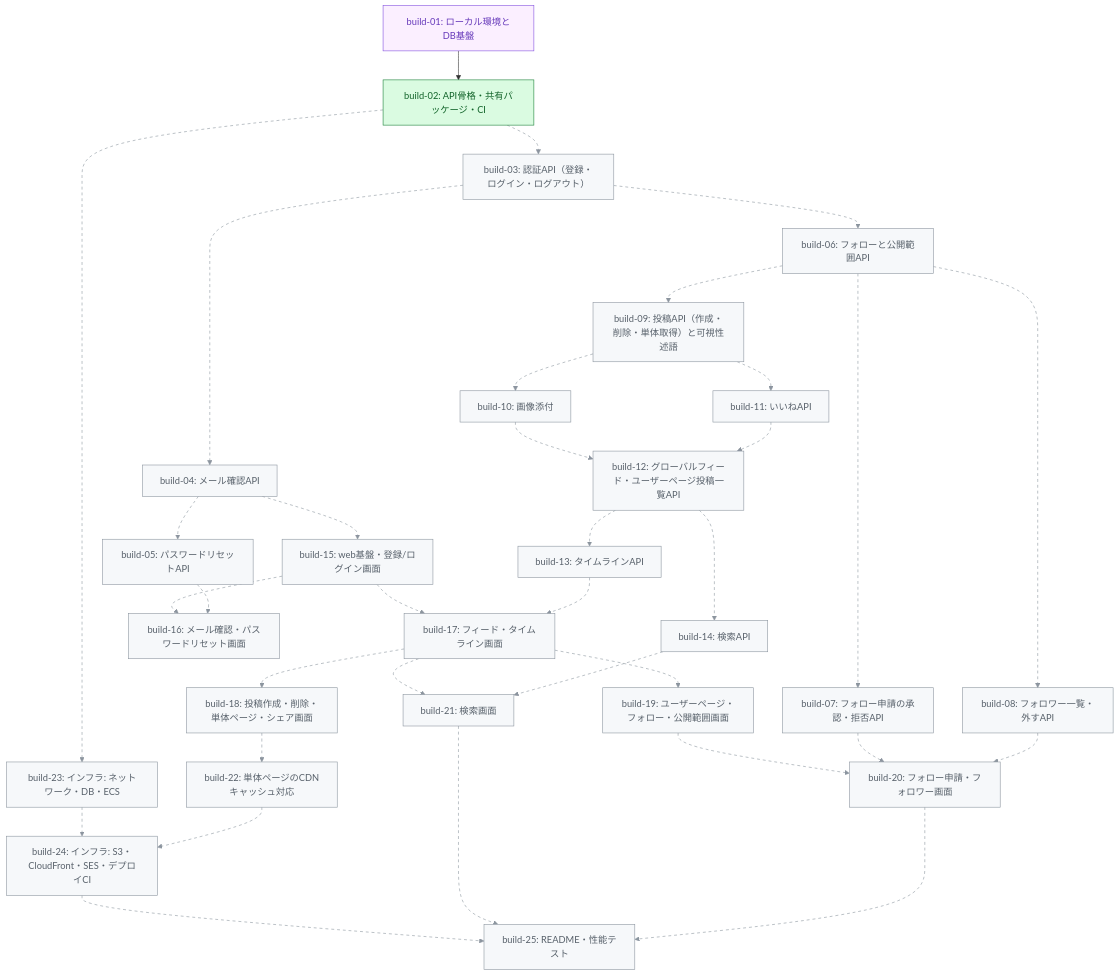
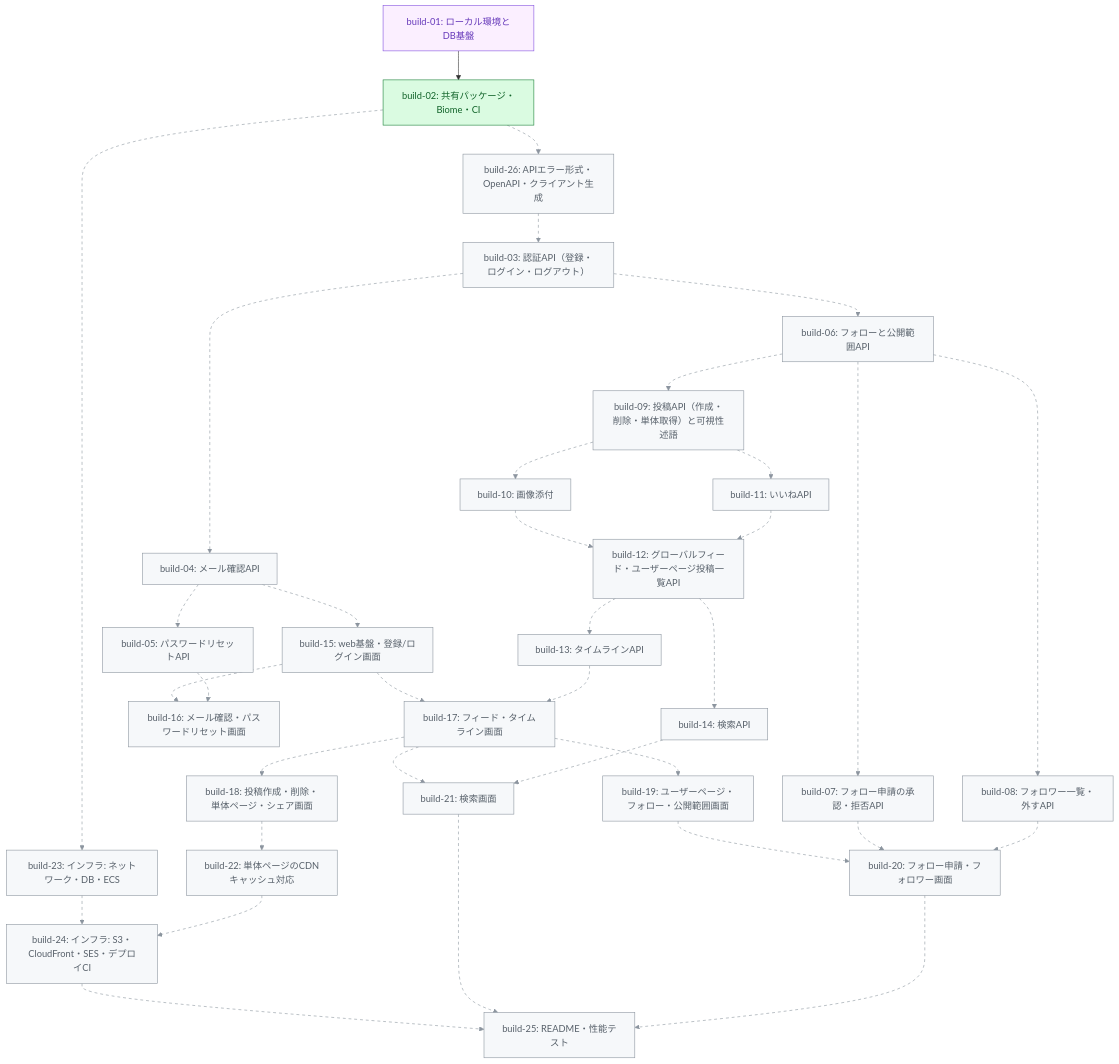
One commit to tak-solder/litmus-sns-sonnet55-hikyaku changed the diagram in docs/hikyaku/cycles/001-mvp/tasklist.md. Above: the diagram before and after it, drawn with Mermaid. The commit also changed other lines of this file and 4 other files, not shown here.

````diff
--- a/docs/hikyaku/cycles/001-mvp/tasklist.md
+++ b/docs/hikyaku/cycles/001-mvp/tasklist.md
@@ -40,68 +41,70 @@
 ```mermaid
 graph TD
   b01["build-01: ローカル環境とDB基盤"]
-  b02["build-02: API骨格・共有パッケージ・CI"]
+  b02["build-02: 共有パッケージ・Biome・CI"]
   b03["build-03: 認証API（登録・ログイン・ログアウト）"]
   b04["build-04: メール確認API"]
   b05["build-05: パスワードリセットAPI"]
   b06["build-06: フォローと公開範囲API"]
   b07["build-07: フォロー申請の承認・拒否API"]
   b08["build-08: フォロワー一覧・外すAPI"]
   b09["build-09: 投稿API（作成・削除・単体取得）と可視性述語"]
   b10["build-10: 画像添付"]
   b11["build-11: いいねAPI"]
   b12["build-12: グローバルフィード・ユーザーページ投稿一覧API"]
   b13["build-13: タイムラインAPI"]
   b14["build-14: 検索API"]
   b15["build-15: web基盤・登録/ログイン画面"]
   b16["build-16: メール確認・パスワードリセット画面"]
   b17["build-17: フィード・タイムライン画面"]
   b18["build-18: 投稿作成・削除・単体ページ・シェア画面"]
   b19["build-19: ユーザーページ・フォロー・公開範囲画面"]
   b20["build-20: フォロー申請・フォロワー画面"]
   b21["build-21: 検索画面"]
   b22["build-22: 単体ページのCDNキャッシュ対応"]
   b23["build-23: インフラ: ネットワーク・DB・ECS"]
   b24["build-24: インフラ: S3・CloudFront・SES・デプロイCI"]
   b25["build-25: README・性能テスト"]
+  b26["build-26: APIエラー形式・OpenAPI・クライアント生成"]
   b01 --> b02
-  b02 -.-> b03
+  b26 -.-> b03
   b03 -.-> b04
   b04 -.-> b05
   b03 -.-> b06
   b06 -.-> b07
   b06 -.-> b08
   b06 -.-> b09
   b09 -.-> b10
   b09 -.-> b11
   b10 -.-> b12
   b11 -.-> b12
   b12 -.-> b13
   b12 -.-> b14
   b04 -.-> b15
   b15 -.-> b16
   b05 -.-> b16
   b15 -.-> b17
   b13 -.-> b17
   b17 -.-> b18
   b17 -.-> b19
   b19 -.-> b20
   b07 -.-> b20
   b08 -.-> b20
   b17 -.-> b21
   b14 -.-> b21
   b18 -.-> b22
   b02 -.-> b23
   b23 -.-> b24
   b22 -.-> b24
   b24 -.-> b25
   b21 -.-> b25
   b20 -.-> b25
+  b02 -.-> b26
   classDef merged fill:#fbefff,stroke:#8250df,color:#6639ba
   classDef ready fill:#dafbe1,stroke:#1a7f37,color:#116329
   classDef blocked fill:#f6f8fa,stroke:#8c959f,color:#57606a
   class b01 merged
   class b02 ready
-  class b03,b04,b05,b06,b07,b08,b09,b10,b11,b12,b13,b14,b15,b16,b17,b18,b19,b20,b21,b22,b23,b24,b25 blocked
-  linkStyle 1,2,3,4,5,6,7,8,9,10,11,12,13,14,15,16,17,18,19,20,21,22,23,24,25,26,27,28,29,30,31,32 stroke:#8c959f,stroke-dasharray:5 5
+  class b03,b04,b05,b06,b07,b08,b09,b10,b11,b12,b13,b14,b15,b16,b17,b18,b19,b20,b21,b22,b23,b24,b25,b26 blocked
+  linkStyle 1,2,3,4,5,6,7,8,9,10,11,12,13,14,15,16,17,18,19,20,21,22,23,24,25,26,27,28,29,30,31,32,33 stroke:#8c959f,stroke-dasharray:5 5
 ```
````
